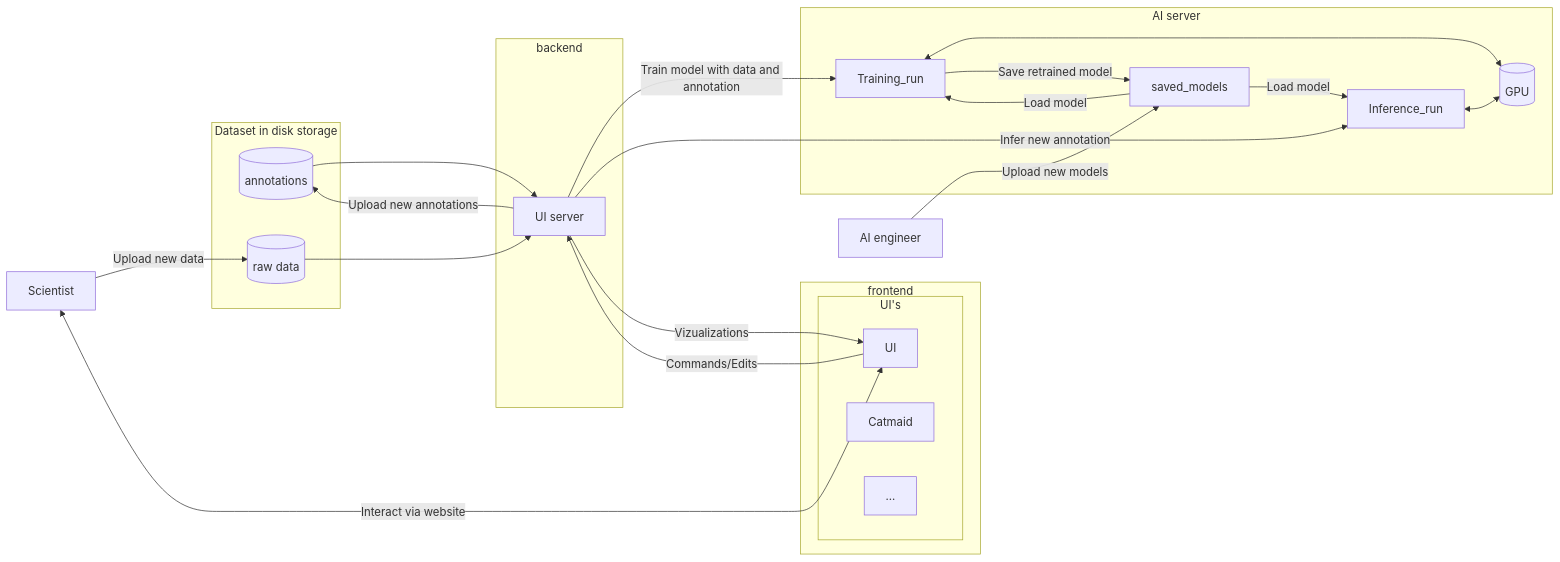
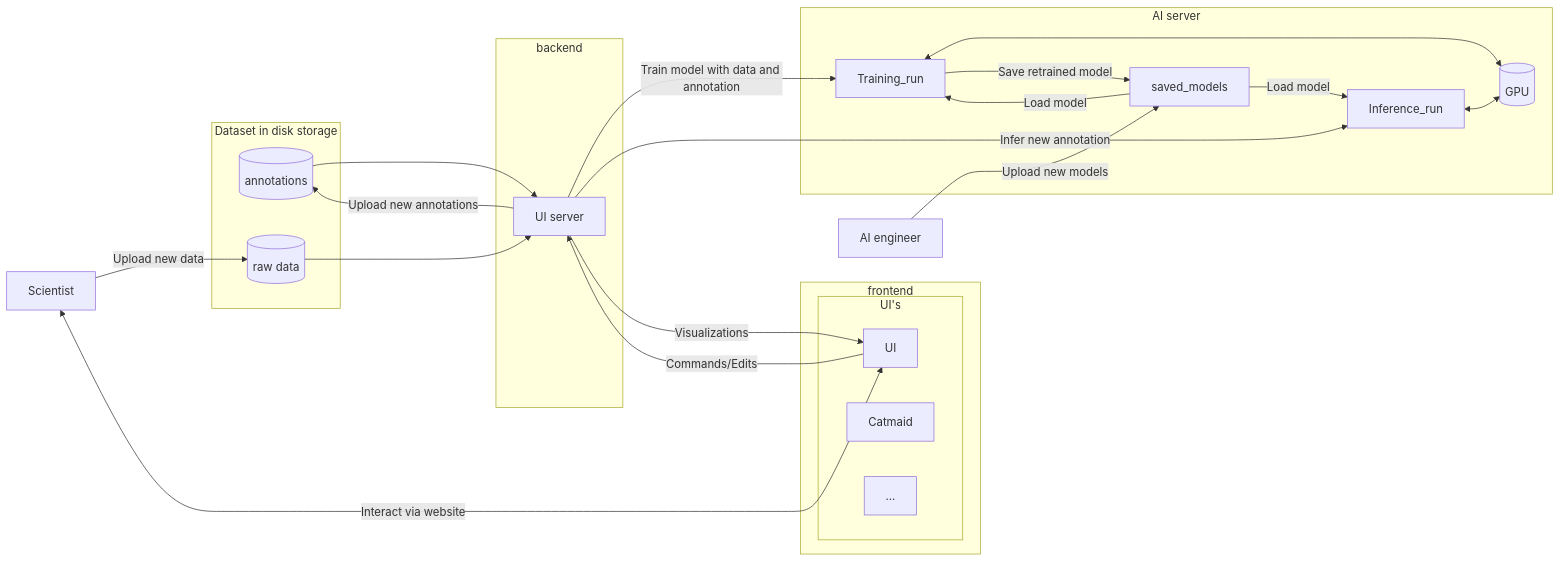
Before and after one commit to vibbic/biosegment: the diagram in diagrams/overview.mmd, drawn with Mermaid.

Commit message:
spelling

```diff
--- a/diagrams/overview.mmd
+++ b/diagrams/overview.mmd
@@ -1,43 +1,43 @@
 flowchart LR
     subgraph disk[Dataset in disk storage]
     ann[(annotations)]
     raw[(raw data)]
     end
 
     subgraph model[AI server]
     GPU[(GPU)]
     saved_models
     saved_models--> |Load model|Inference_run
     saved_models--> |Load model|Training_run
     Inference_run <--> GPU
     Training_run <--> GPU
     Training_run-->|Save retrained model|saved_models
     
     end
 
     subgraph backend
     b1[UI server]
     raw-->b1
     ann-->b1
     b1-->|Upload new annotations|ann
     b1-->|Train model with data and annotation|Training_run
     b1-->|Infer new annotation|Inference_run
     end
 
     subgraph frontend
     UI
     UI-->|Commands/Edits|b1
-    b1-->|Vizualizations|UI
+    b1-->|Visualizations|UI
     subgraph uis[UI's]
     UI
     Catmaid
     ...
     end
     end
 
     user_bio[Scientist]
     user_bio-->|Upload new data|raw
     user_bio<-->|Interact via website|UI
 
     user_ai[AI engineer]
     user_ai-->|Upload new models|saved_models
```
